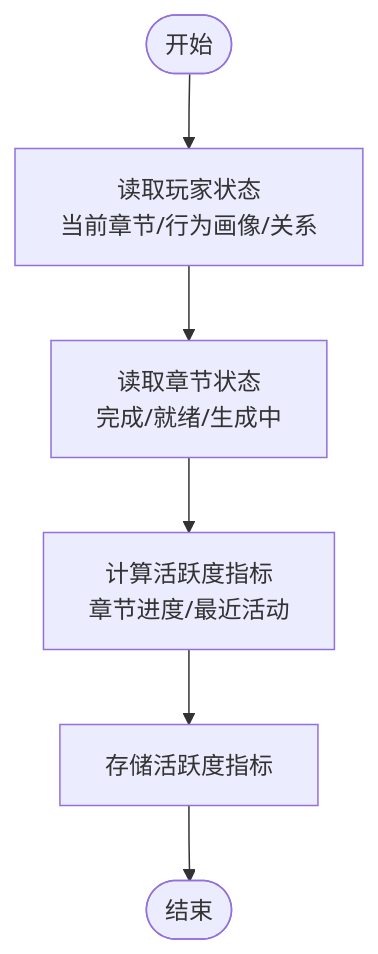
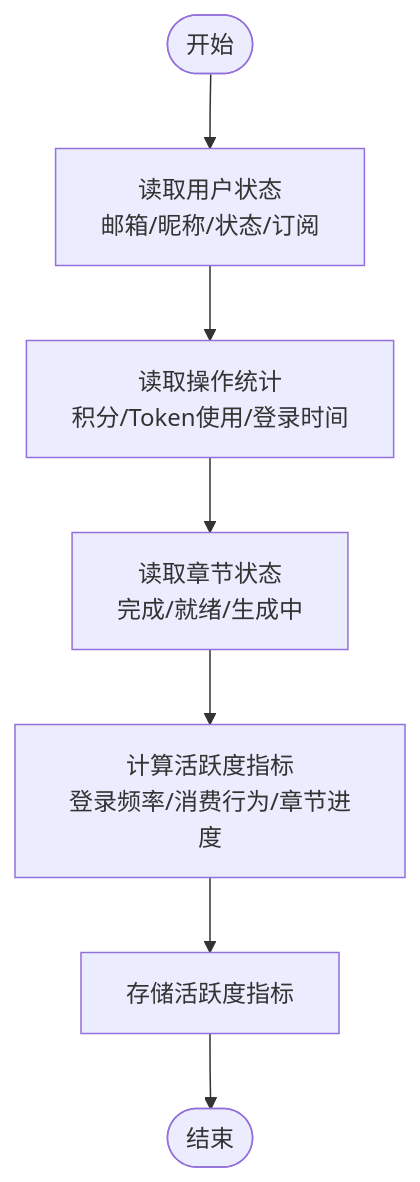
Before and after one commit to KunLabAI/KunFlix: the third of 8 diagrams in .qoder/repowiki/zh/content/后台管理系统/玩家监控系统.md, drawn with Mermaid. The commit also changed other lines of this file and 43 other files, not shown here.

````diff
--- a/.qoder/repowiki/zh/content/后台管理系统/玩家监控系统.md
+++ b/.qoder/repowiki/zh/content/后台管理系统/玩家监控系统.md
@@ -181,8 +197,9 @@
 ```mermaid
 flowchart TD
-Start(["开始"]) --> LoadPlayer["读取玩家状态<br/>当前章节/行为画像/关系"]
-LoadPlayer --> LoadChapters["读取章节状态<br/>完成/就绪/生成中"]
-LoadChapters --> ComputeActive["计算活跃度指标<br/>章节进度/最近活动"]
+Start(["开始"]) --> LoadUser["读取用户状态<br/>邮箱/昵称/状态/订阅"]
+LoadUser --> LoadStats["读取操作统计<br/>积分/Token使用/登录时间"]
+LoadStats --> LoadChapters["读取章节状态<br/>完成/就绪/生成中"]
+LoadChapters --> ComputeActive["计算活跃度指标<br/>登录频率/消费行为/章节进度"]
 ComputeActive --> StoreMetrics["存储活跃度指标"]
 StoreMetrics --> End(["结束"])
 ```
````
